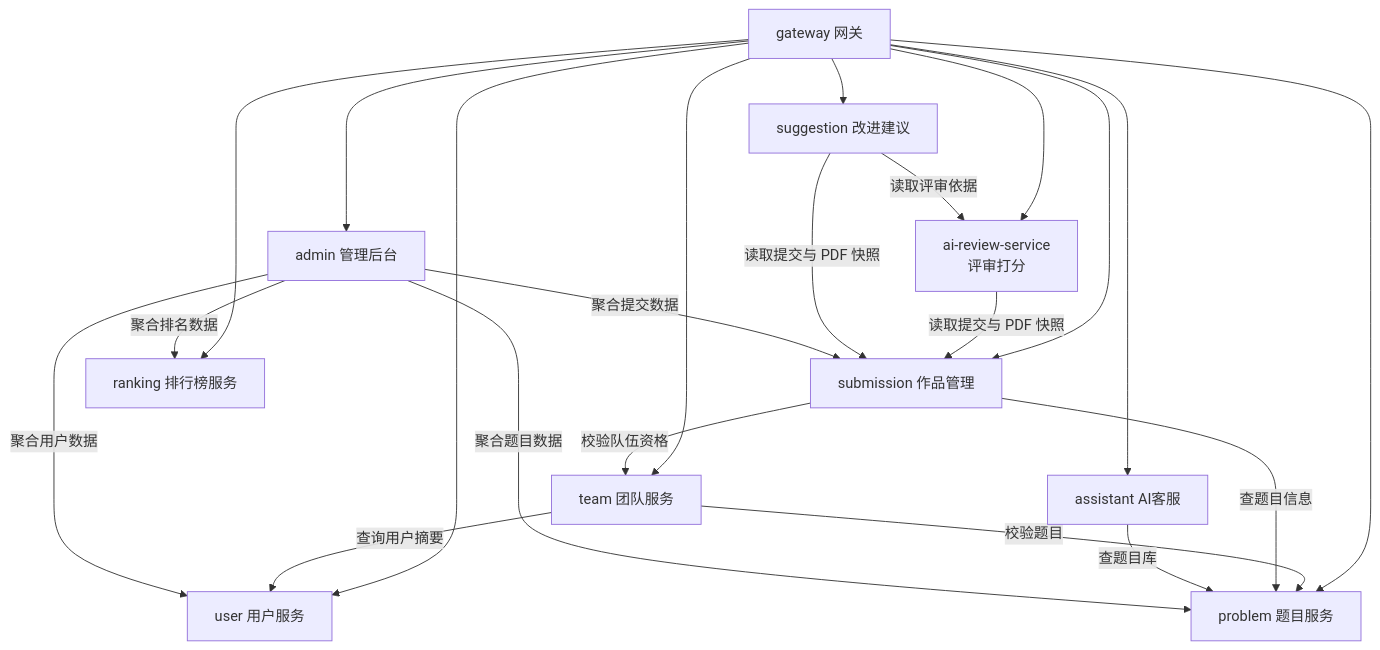
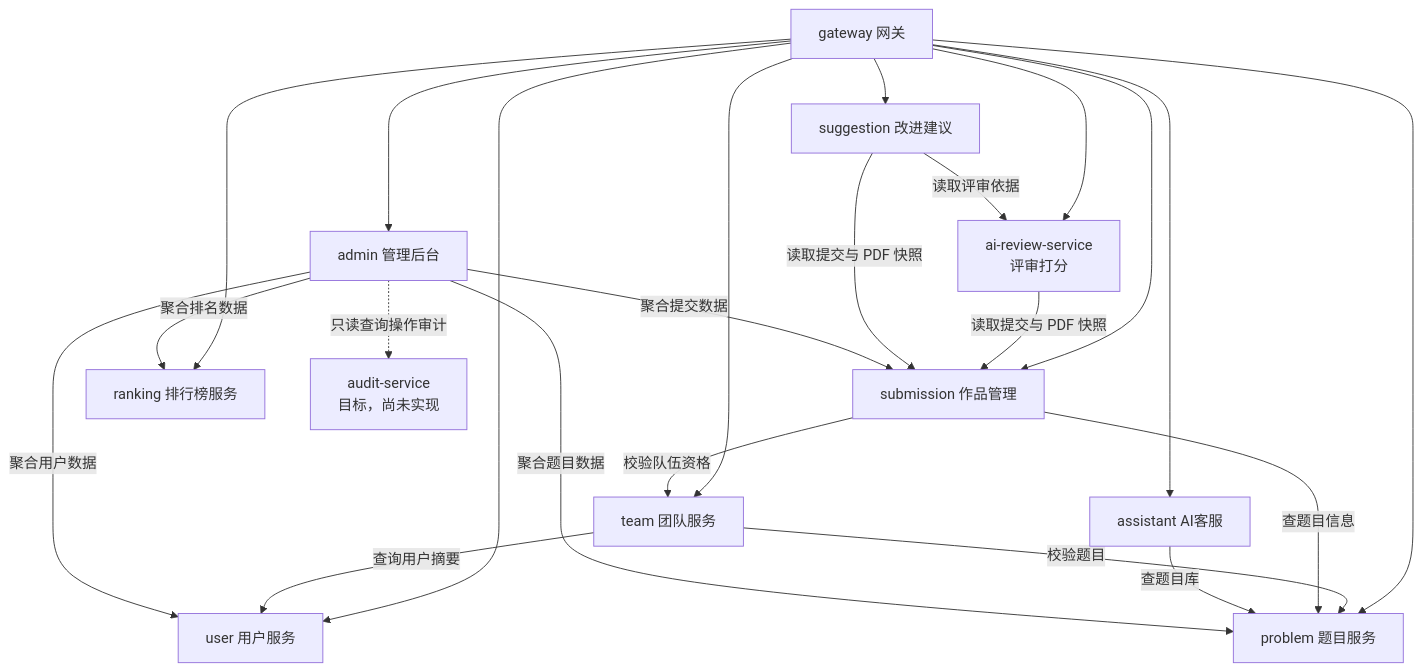
The first of 4 diagrams in docs/project/02-架构设计/微服务架构.md (Dorian7Alden/LeetModel), drawn with Mermaid before and after one commit. The commit also changed other lines of this file and 10 other files, not shown here.

Commit message:
docs: 完善系统保障设计路线图

````diff
--- a/docs/project/02-架构设计/微服务架构.md
+++ b/docs/project/02-架构设计/微服务架构.md
@@ -97,36 +106,38 @@
 ```mermaid
 graph TD
     GW[gateway 网关]
     USER[user 用户服务]
     TEAM[team 团队服务]
     PROBLEM[problem 题目服务]
     ASSISTANT[assistant AI客服]
     SUBMISSION[submission 作品管理]
     REVIEW[ai-review-service<br/>评审打分]
     SUGGESTION[suggestion 改进建议]
     RANKING[ranking 排行榜服务]
     ADMIN[admin 管理后台]
+    AUDIT[audit-service<br/>目标，尚未实现]
 
     GW --> USER
     GW --> TEAM
     GW --> PROBLEM
     GW --> ASSISTANT
     GW --> SUBMISSION
     GW --> REVIEW
     GW --> SUGGESTION
     GW --> RANKING
     GW --> ADMIN
 
     TEAM -->|查询用户摘要| USER
     TEAM -->|校验题目| PROBLEM
     SUBMISSION -->|查题目信息| PROBLEM
     SUBMISSION -->|校验队伍资格| TEAM
     ASSISTANT -->|查题目库| PROBLEM
     REVIEW -->|读取提交与 PDF 快照| SUBMISSION
     SUGGESTION -->|读取提交与 PDF 快照| SUBMISSION
     SUGGESTION -->|读取评审依据| REVIEW
     ADMIN -->|聚合用户数据| USER
     ADMIN -->|聚合题目数据| PROBLEM
     ADMIN -->|聚合提交数据| SUBMISSION
     ADMIN -->|聚合排名数据| RANKING
+    ADMIN -.->|只读查询操作审计| AUDIT
 ```
````
